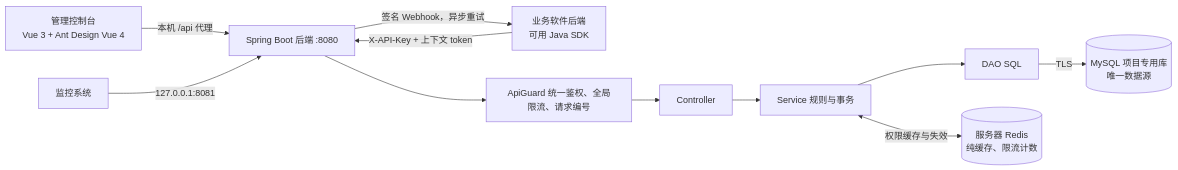
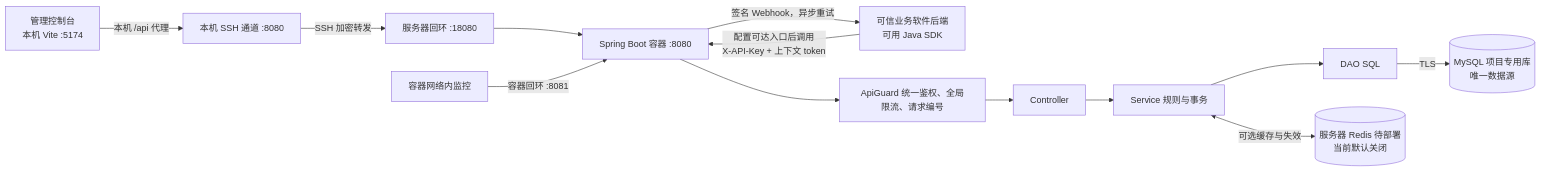
One commit to JiuQi79-BOT/MelonHub changed the diagram in docs/ARCHITECTURE.md. Above: the diagram before and after it, drawn with Mermaid. The commit also changed other lines of this file and 24 other files, not shown here.

Commit message:
docs: 统一当前授权模型与部署说明并更新设计图

````diff
--- a/docs/ARCHITECTURE.md
+++ b/docs/ARCHITECTURE.md
@@ -5,13 +5,15 @@
 ```mermaid
 flowchart LR
-    A[管理控制台<br/>Vue 3 + Ant Design Vue 4] -->|本机 /api 代理| B[Spring Boot 后端 :8080]
-    C[业务软件后端<br/>可用 Java SDK] -->|X-API-Key + 上下文 token| B
+    A[管理控制台<br/>本机 Vite :5174] -->|本机 /api 代理| T[本机 SSH 通道 :8080]
+    T -->|SSH 加密转发| H[服务器回环 :18080]
+    H --> B[Spring Boot 容器 :8080]
+    C[可信业务软件后端<br/>可用 Java SDK] -->|配置可达入口后调用<br/>X-API-Key + 上下文 token| B
     B --> G[ApiGuard 统一鉴权、全局限流、请求编号]
     G --> D[Controller]
     D --> E[Service 规则与事务]
     E --> F[DAO SQL]
     F -->|TLS| M[(MySQL 项目专用库<br/>唯一数据源)]
-    E <-->|权限缓存与失效| R[(服务器 Redis<br/>纯缓存、限流计数)]
+    E <-->|可选缓存与失效| R[(服务器 Redis 待部署<br/>当前默认关闭)]
     B -->|签名 Webhook，异步重试| C
-    P[监控系统] -->|127.0.0.1:8081| B
+    P[容器网络内监控] -->|容器回环 :8081| B
 ```
````
